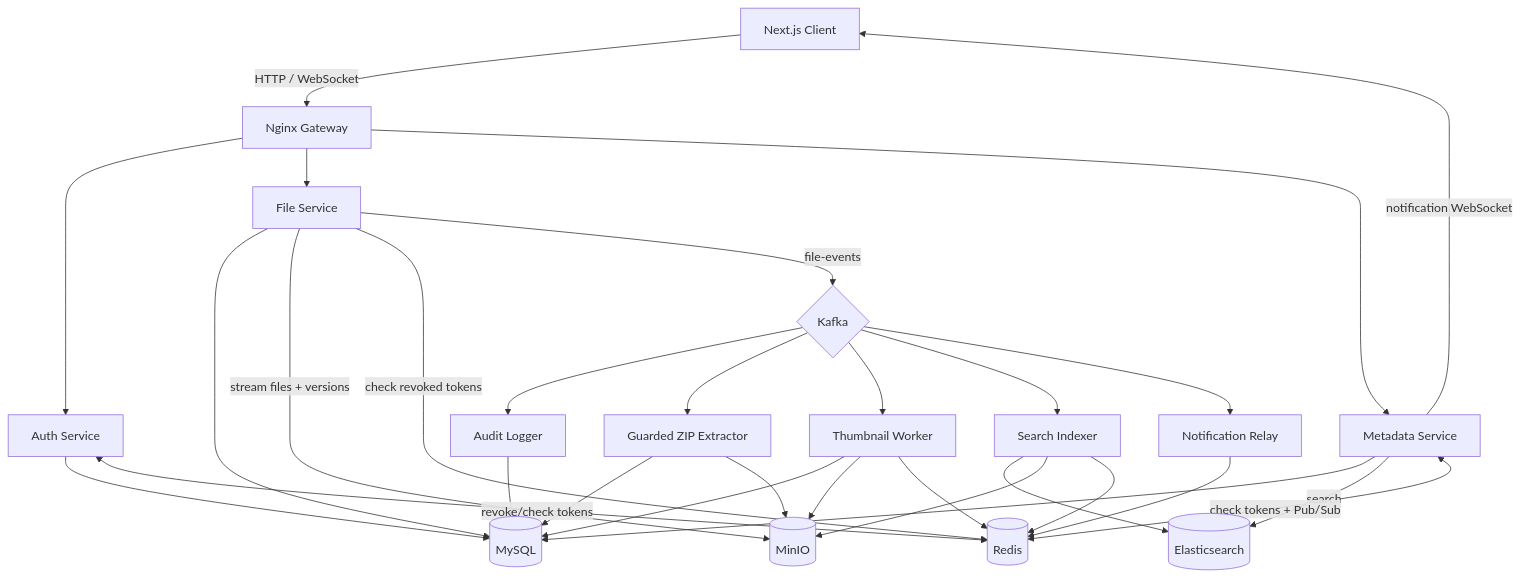
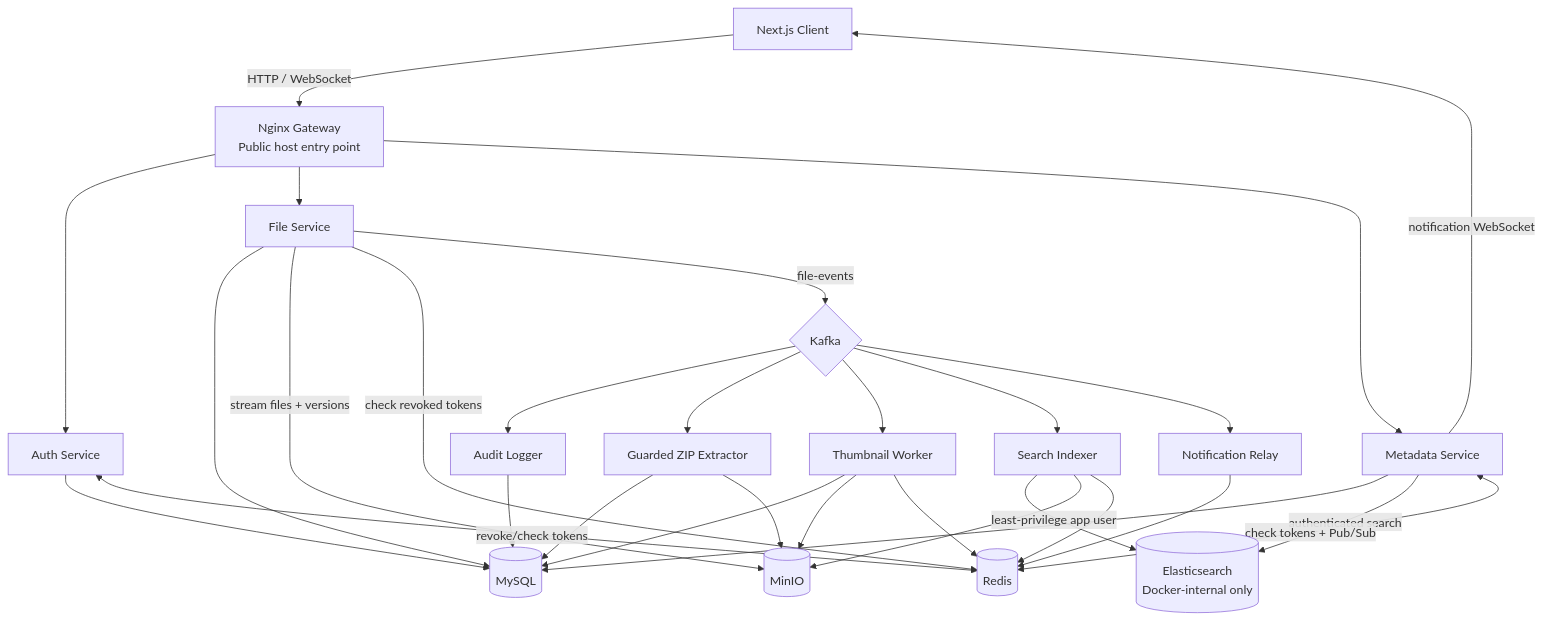
The diagram in README.md (hquan07/CloudVault), drawn with Mermaid before and after one commit. The commit also changed other lines of this file and 12 other files, not shown here.

````diff
--- a/README.md
+++ b/README.md
@@ -42,36 +42,36 @@
 ```mermaid
 flowchart TD
-    Browser[Next.js Client] -->|HTTP / WebSocket| Nginx[Nginx Gateway]
+    Browser[Next.js Client] -->|HTTP / WebSocket| Nginx[Nginx Gateway<br/>Public host entry point]
     Nginx --> Auth[Auth Service]
     Nginx --> File[File Service]
     Nginx --> Meta[Metadata Service]
 
     Auth --> MySQL[(MySQL)]
     File --> MySQL
     Meta --> MySQL
     File -->|stream files + versions| MinIO[(MinIO)]
-    Meta -->|search| ES[(Elasticsearch)]
+    Meta -->|authenticated search| ES[(Elasticsearch<br/>Docker-internal only)]
 
     Auth <-->|revoke/check tokens| Redis[(Redis)]
     File -->|check revoked tokens| Redis
     Meta <-->|check tokens + Pub/Sub| Redis
     Meta -->|notification WebSocket| Browser
 
     File -->|file-events| Kafka{Kafka}
     Kafka --> Audit[Audit Logger]
     Kafka --> Zip[Guarded ZIP Extractor]
     Kafka --> Thumb[Thumbnail Worker]
     Kafka --> Search[Search Indexer]
     Kafka --> Relay[Notification Relay]
 
     Audit --> MySQL
     Zip --> MySQL
     Zip --> MinIO
     Thumb --> MySQL
     Thumb --> MinIO
-    Search --> ES
+    Search -->|least-privilege app user| ES
     Search --> MinIO
     Thumb --> Redis
     Search --> Redis
     Relay --> Redis
 ```
````
